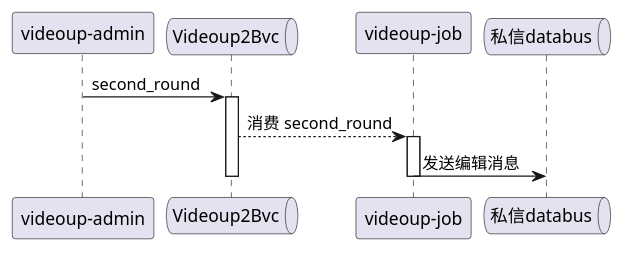
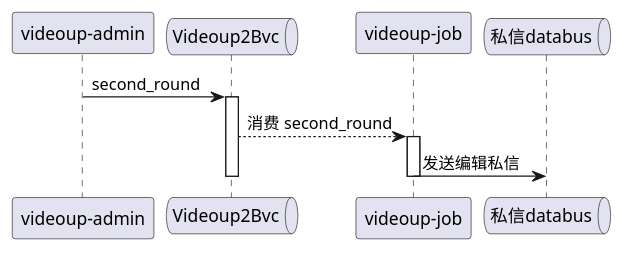
Before and after one commit to Allen9012/InfiniteGolang: the diagram in plantuml/audit_msg.puml, drawn with PlantUML. The commit also changed 4 other files, not shown here.

```diff
--- a/plantuml/audit_msg.puml
+++ b/plantuml/audit_msg.puml
@@ -1,14 +1,14 @@
 @startuml
 participant "videoup-admin" as Admin
 queue "Videoup2Bvc" as MQ
 participant "videoup-job" as Job
 queue "私信databus" as mesMQ
 
 Admin -> MQ : second_round
 activate MQ
 MQ --> Job : 消费 second_round
 activate Job
-Job -> mesMQ : 发送编辑消息
+Job -> mesMQ : 发送编辑私信
 deactivate Job
 deactivate MQ
 @enduml
```
